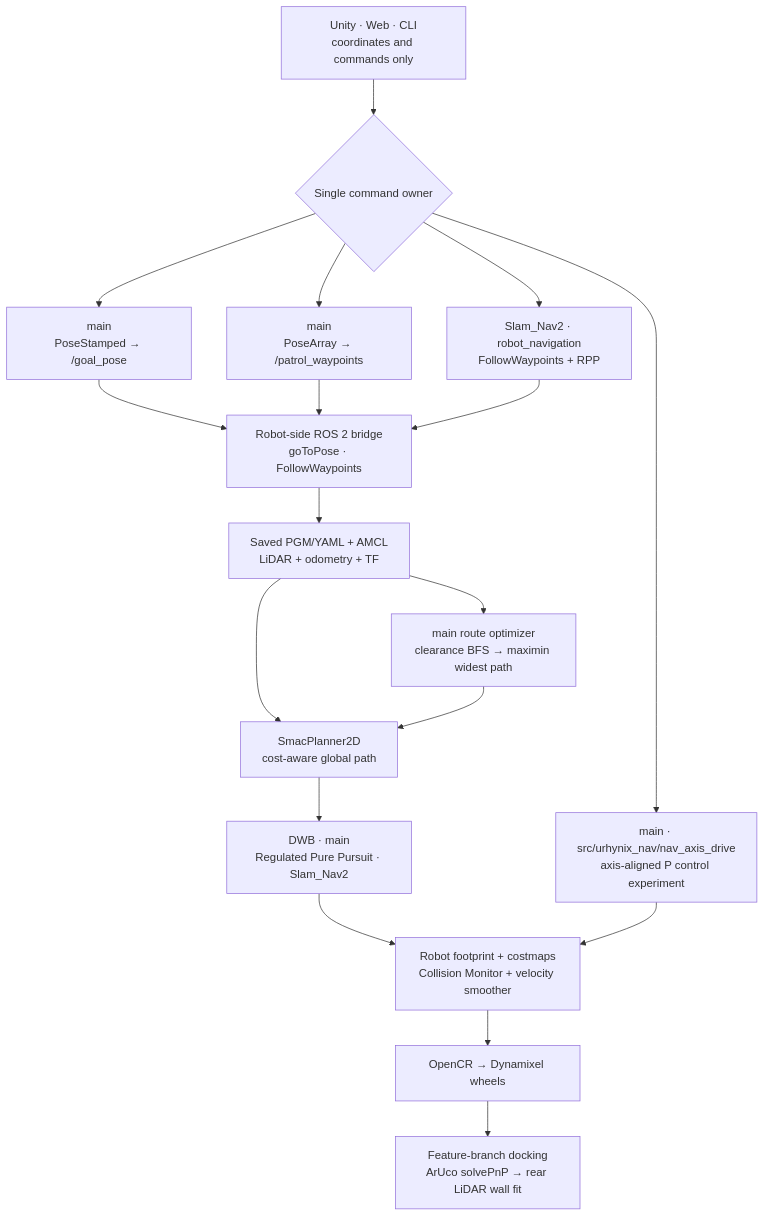
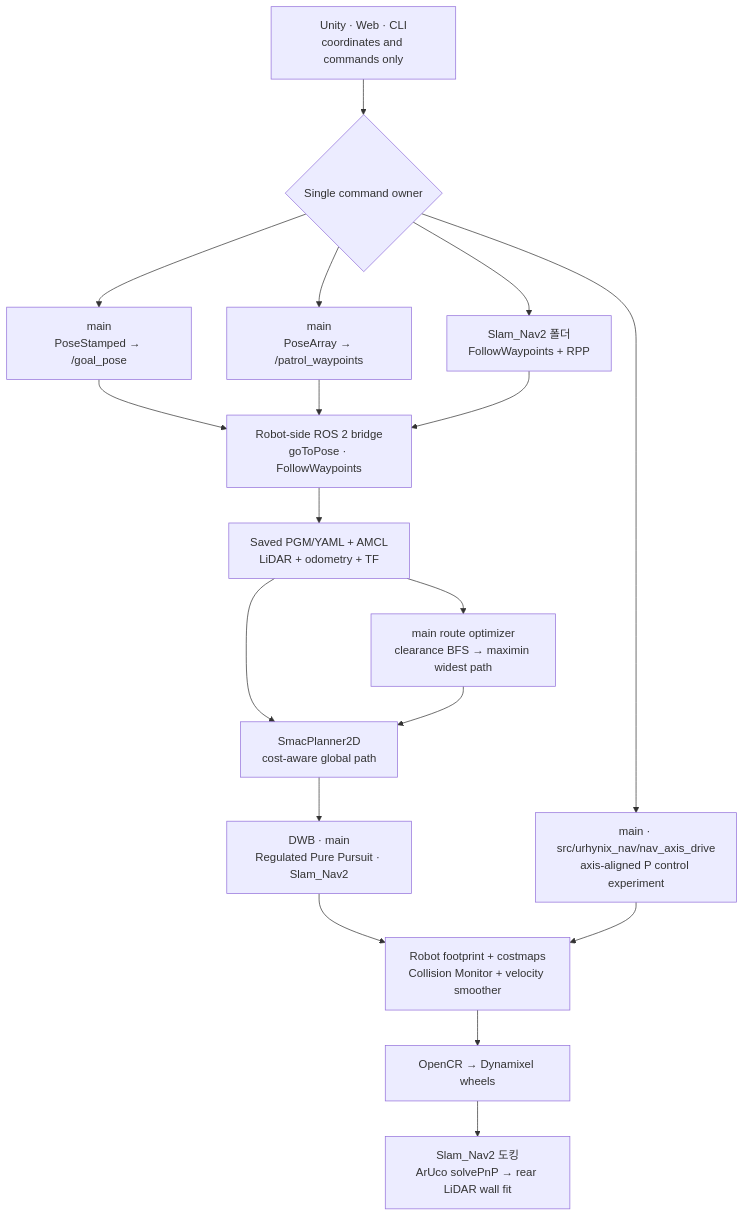
Before and after one commit to eduwing-robotics/ros2-ai-amr-repo2: the second of 3 diagrams in README.md, drawn with Mermaid. The commit also changed other lines of this file and 10 other files, not shown here.

````diff
--- a/README.md
+++ b/README.md
@@ -192,36 +192,36 @@
 ```mermaid
 flowchart TD
     UI["Unity · Web · CLI<br/>coordinates and commands only"]
     OWNER{"Single command owner"}
     GOAL["main<br/>PoseStamped → /goal_pose"]
     PATROL["main<br/>PoseArray → /patrol_waypoints"]
     AXIS["main · src/urhynix_nav/nav_axis_drive<br/>axis-aligned P control experiment"]
-    FEATURE["Slam_Nav2 · robot_navigation<br/>FollowWaypoints + RPP"]
+    FEATURE["Slam_Nav2 폴더<br/>FollowWaypoints + RPP"]
 
     BRIDGE["Robot-side ROS 2 bridge<br/>goToPose · FollowWaypoints"]
     LOCALIZE["Saved PGM/YAML + AMCL<br/>LiDAR + odometry + TF"]
     ROUTE["main route optimizer<br/>clearance BFS → maximin widest path"]
     PLAN["SmacPlanner2D<br/>cost-aware global path"]
     CONTROL["DWB · main<br/>Regulated Pure Pursuit · Slam_Nav2"]
     SAFE["Robot footprint + costmaps<br/>Collision Monitor + velocity smoother"]
     DRIVE["OpenCR → Dynamixel wheels"]
-    DOCK["Feature-branch docking<br/>ArUco solvePnP → rear LiDAR wall fit"]
+    DOCK["Slam_Nav2 도킹<br/>ArUco solvePnP → rear LiDAR wall fit"]
 
     UI --> OWNER
     OWNER --> GOAL
     OWNER --> PATROL
     OWNER --> AXIS
     OWNER --> FEATURE
     GOAL --> BRIDGE
     PATROL --> BRIDGE
     FEATURE --> BRIDGE
     BRIDGE --> LOCALIZE
     LOCALIZE --> ROUTE
     LOCALIZE --> PLAN
     ROUTE --> PLAN
     PLAN --> CONTROL
     CONTROL --> SAFE
     AXIS --> SAFE
     SAFE --> DRIVE
     DRIVE --> DOCK
 ```
````
